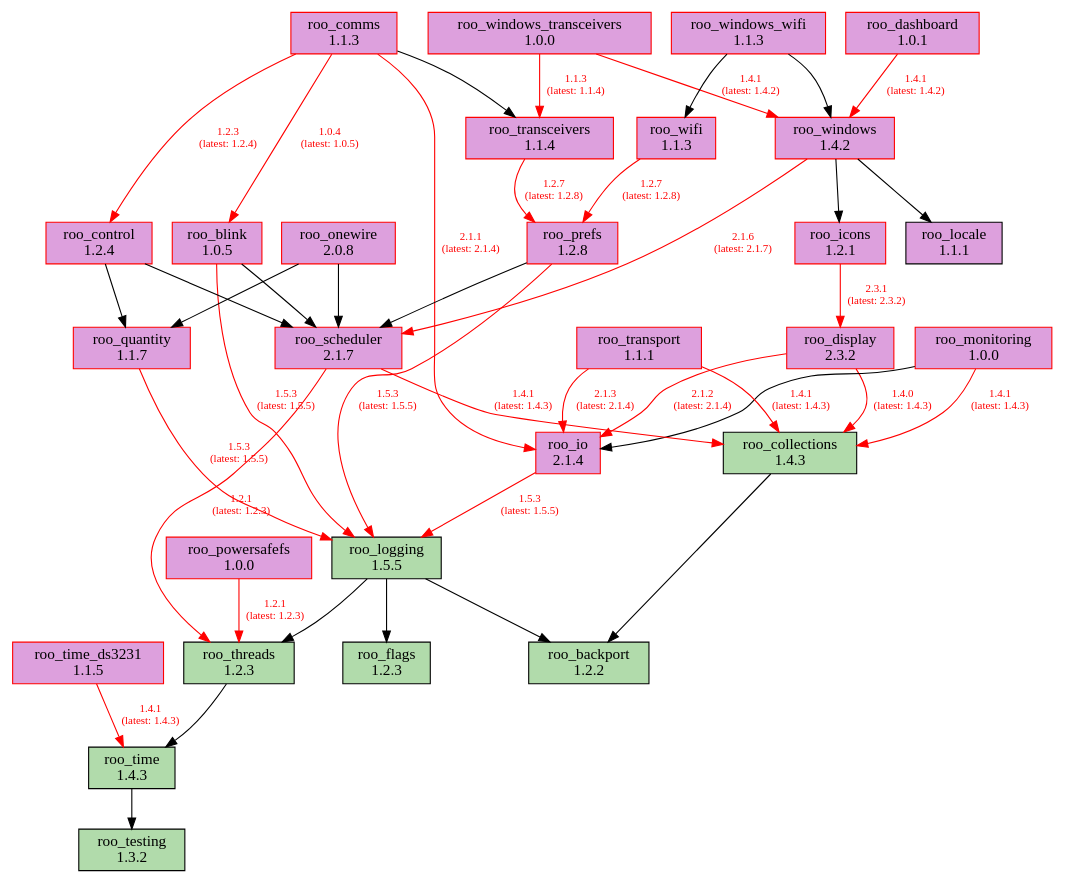
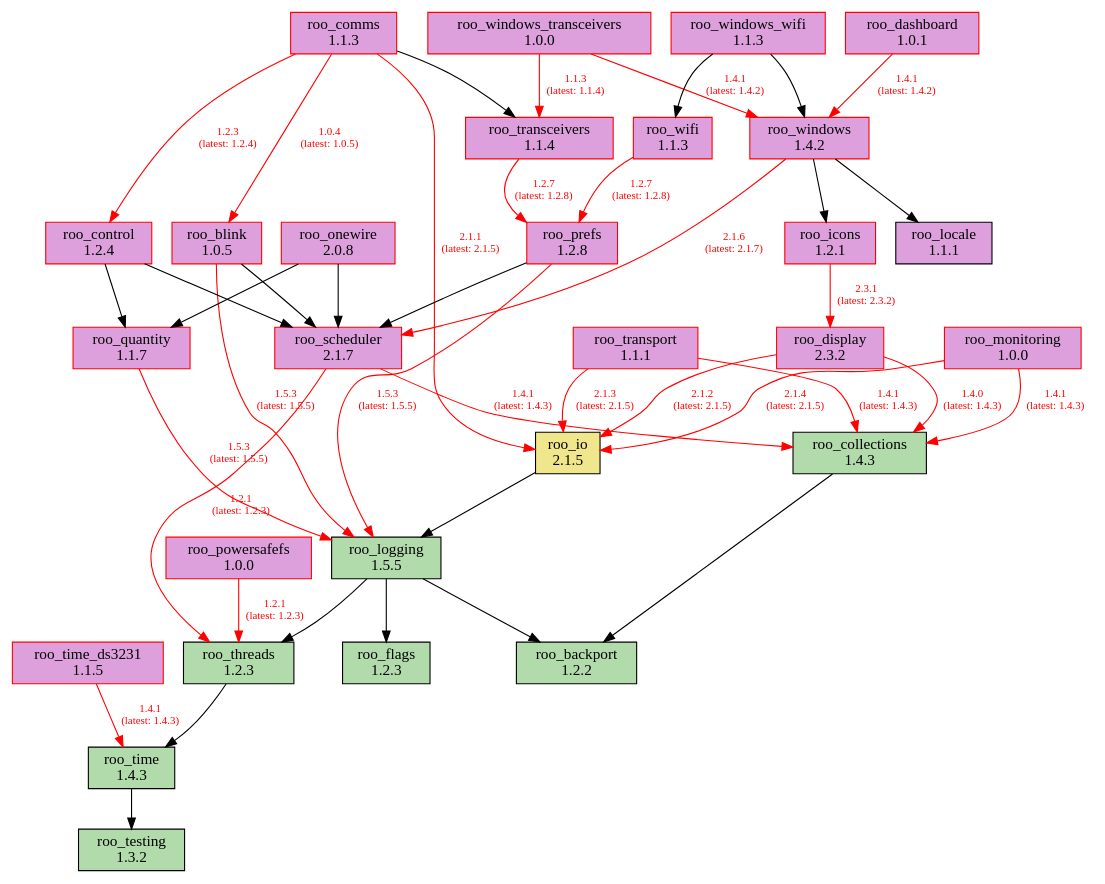
Before and after one commit to dejwk/roo-registry: the diagram in doc/dependencies.dot, drawn with Graphviz. The commit also changed 3 other files, not shown here.

```diff
--- a/doc/dependencies.dot
+++ b/doc/dependencies.dot
@@ -1,78 +1,78 @@
 digraph dependencies {
     rankdir=TB;
     node [shape=box, style=filled];
     edge [fontsize=10];
 
     // Modules
     "roo_backport" [label="roo_backport\n1.2.2", fillcolor="#b1dbab", color="black"];
     "roo_blink" [label="roo_blink\n1.0.5", fillcolor="plum", color="red"];
     "roo_collections" [label="roo_collections\n1.4.3", fillcolor="#b1dbab", color="black"];
     "roo_comms" [label="roo_comms\n1.1.3", fillcolor="plum", color="red"];
     "roo_control" [label="roo_control\n1.2.4", fillcolor="plum", color="red"];
     "roo_dashboard" [label="roo_dashboard\n1.0.1", fillcolor="plum", color="red"];
     "roo_display" [label="roo_display\n2.3.2", fillcolor="plum", color="red"];
     "roo_flags" [label="roo_flags\n1.2.3", fillcolor="#b1dbab", color="black"];
     "roo_icons" [label="roo_icons\n1.2.1", fillcolor="plum", color="red"];
-    "roo_io" [label="roo_io\n2.1.4", fillcolor="plum", color="red"];
+    "roo_io" [label="roo_io\n2.1.5", fillcolor="khaki", color="black"];
     "roo_locale" [label="roo_locale\n1.1.1", fillcolor="plum", color="black"];
     "roo_logging" [label="roo_logging\n1.5.5", fillcolor="#b1dbab", color="black"];
     "roo_monitoring" [label="roo_monitoring\n1.0.0", fillcolor="plum", color="red"];
     "roo_onewire" [label="roo_onewire\n2.0.8", fillcolor="plum", color="red"];
     "roo_powersafefs" [label="roo_powersafefs\n1.0.0", fillcolor="plum", color="red"];
     "roo_prefs" [label="roo_prefs\n1.2.8", fillcolor="plum", color="red"];
     "roo_quantity" [label="roo_quantity\n1.1.7", fillcolor="plum", color="red"];
     "roo_scheduler" [label="roo_scheduler\n2.1.7", fillcolor="plum", color="red"];
     "roo_testing" [label="roo_testing\n1.3.2", fillcolor="#b1dbab", color="black"];
     "roo_threads" [label="roo_threads\n1.2.3", fillcolor="#b1dbab", color="black"];
     "roo_time" [label="roo_time\n1.4.3", fillcolor="#b1dbab", color="black"];
     "roo_time_ds3231" [label="roo_time_ds3231\n1.1.5", fillcolor="plum", color="red"];
     "roo_transceivers" [label="roo_transceivers\n1.1.4", fillcolor="plum", color="red"];
     "roo_transport" [label="roo_transport\n1.1.1", fillcolor="plum", color="red"];
     "roo_wifi" [label="roo_wifi\n1.1.3", fillcolor="plum", color="red"];
     "roo_windows" [label="roo_windows\n1.4.2", fillcolor="plum", color="red"];
     "roo_windows_transceivers" [label="roo_windows_transceivers\n1.0.0", fillcolor="plum", color="red"];
     "roo_windows_wifi" [label="roo_windows_wifi\n1.1.3", fillcolor="plum", color="red"];
 
     // Dependencies
     "roo_blink" -> "roo_logging" [color=red, fontcolor=red, label="1.5.3\n(latest: 1.5.5)"];
     "roo_blink" -> "roo_scheduler";
     "roo_collections" -> "roo_backport";
     "roo_comms" -> "roo_blink" [color=red, fontcolor=red, label="1.0.4\n(latest: 1.0.5)"];
     "roo_comms" -> "roo_control" [color=red, fontcolor=red, label="1.2.3\n(latest: 1.2.4)"];
-    "roo_comms" -> "roo_io" [color=red, fontcolor=red, label="2.1.1\n(latest: 2.1.4)"];
+    "roo_comms" -> "roo_io" [color=red, fontcolor=red, label="2.1.1\n(latest: 2.1.5)"];
     "roo_comms" -> "roo_transceivers";
     "roo_control" -> "roo_quantity";
     "roo_control" -> "roo_scheduler";
     "roo_dashboard" -> "roo_windows" [color=red, fontcolor=red, label="1.4.1\n(latest: 1.4.2)"];
     "roo_display" -> "roo_collections" [color=red, fontcolor=red, label="1.4.0\n(latest: 1.4.3)"];
-    "roo_display" -> "roo_io" [color=red, fontcolor=red, label="2.1.2\n(latest: 2.1.4)"];
+    "roo_display" -> "roo_io" [color=red, fontcolor=red, label="2.1.2\n(latest: 2.1.5)"];
     "roo_icons" -> "roo_display" [color=red, fontcolor=red, label="2.3.1\n(latest: 2.3.2)"];
-    "roo_io" -> "roo_logging" [color=red, fontcolor=red, label="1.5.3\n(latest: 1.5.5)"];
+    "roo_io" -> "roo_logging";
     "roo_logging" -> "roo_backport";
     "roo_logging" -> "roo_flags";
     "roo_logging" -> "roo_threads";
     "roo_monitoring" -> "roo_collections" [color=red, fontcolor=red, label="1.4.1\n(latest: 1.4.3)"];
-    "roo_monitoring" -> "roo_io";
+    "roo_monitoring" -> "roo_io" [color=red, fontcolor=red, label="2.1.4\n(latest: 2.1.5)"];
     "roo_onewire" -> "roo_scheduler";
     "roo_onewire" -> "roo_quantity";
     "roo_powersafefs" -> "roo_threads" [color=red, fontcolor=red, label="1.2.1\n(latest: 1.2.3)"];
     "roo_prefs" -> "roo_logging" [color=red, fontcolor=red, label="1.5.3\n(latest: 1.5.5)"];
     "roo_prefs" -> "roo_scheduler";
     "roo_quantity" -> "roo_logging" [color=red, fontcolor=red, label="1.5.3\n(latest: 1.5.5)"];
     "roo_scheduler" -> "roo_collections" [color=red, fontcolor=red, label="1.4.1\n(latest: 1.4.3)"];
     "roo_scheduler" -> "roo_threads" [color=red, fontcolor=red, label="1.2.1\n(latest: 1.2.3)"];
     "roo_threads" -> "roo_time";
     "roo_time" -> "roo_testing";
     "roo_time_ds3231" -> "roo_time" [color=red, fontcolor=red, label="1.4.1\n(latest: 1.4.3)"];
     "roo_transceivers" -> "roo_prefs" [color=red, fontcolor=red, label="1.2.7\n(latest: 1.2.8)"];
     "roo_transport" -> "roo_collections" [color=red, fontcolor=red, label="1.4.1\n(latest: 1.4.3)"];
-    "roo_transport" -> "roo_io" [color=red, fontcolor=red, label="2.1.3\n(latest: 2.1.4)"];
+    "roo_transport" -> "roo_io" [color=red, fontcolor=red, label="2.1.3\n(latest: 2.1.5)"];
     "roo_wifi" -> "roo_prefs" [color=red, fontcolor=red, label="1.2.7\n(latest: 1.2.8)"];
     "roo_windows" -> "roo_locale";
     "roo_windows" -> "roo_icons";
     "roo_windows" -> "roo_scheduler" [color=red, fontcolor=red, label="2.1.6\n(latest: 2.1.7)"];
     "roo_windows_transceivers" -> "roo_transceivers" [color=red, fontcolor=red, label="1.1.3\n(latest: 1.1.4)"];
     "roo_windows_transceivers" -> "roo_windows" [color=red, fontcolor=red, label="1.4.1\n(latest: 1.4.2)"];
     "roo_windows_wifi" -> "roo_wifi";
     "roo_windows_wifi" -> "roo_windows";
 }
```
